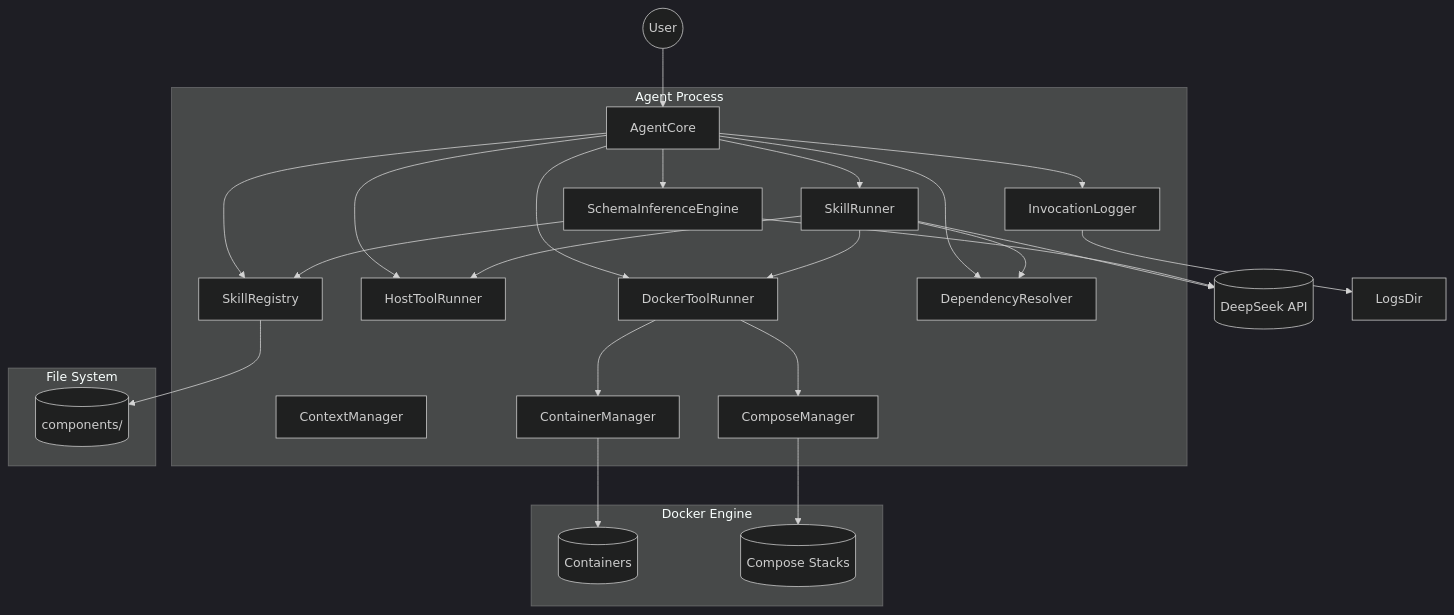
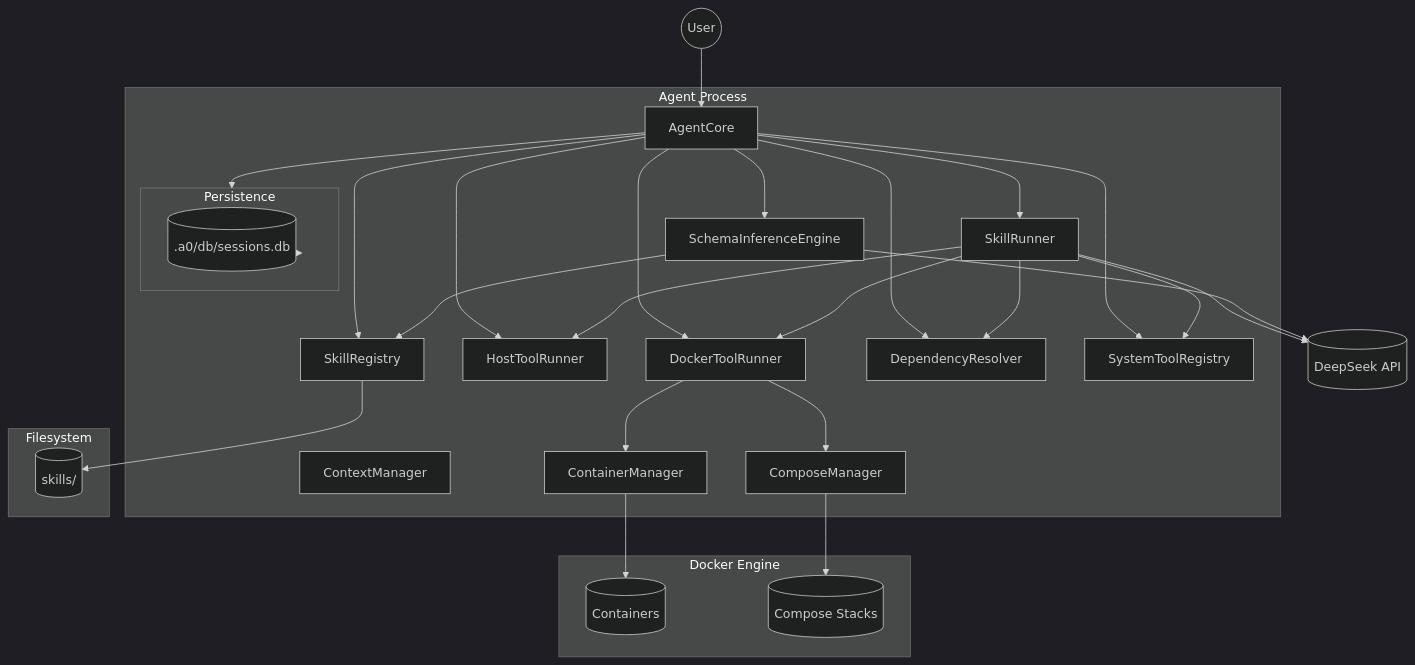
The first of 3 diagrams in technical-specification.md (opensassi/a0), drawn with Mermaid (dark theme) before and after one commit. The commit also changed other lines of this file and 28 other files, not shown here.

````diff
--- a/technical-specification.md
+++ b/technical-specification.md
@@ -227,51 +248,57 @@
 ```mermaid
 graph TB
     User((User))
     DeepSeek[("DeepSeek API")]
 
     subgraph "Agent Process"
         Core[AgentCore]
         Context[ContextManager]
         Reg[SkillRegistry]
         HostRunner[HostToolRunner]
         DockerRunner[DockerToolRunner]
         SkillRunner[SkillRunner]
         InfEngine[SchemaInferenceEngine]
-        Logger[InvocationLogger]
         DepResolver[DependencyResolver]
+        Persistence[PersistenceStore]
+        SysTools[SystemToolRegistry]
         ContainerMgr[ContainerManager]
         ComposeMgr[ComposeManager]
     end
 
-    subgraph "File System"
-        ComponentsDir[(components/)]
-
+    subgraph "Persistence"
+        DB[(.a0/db/sessions.db)]
     end
 
     subgraph "Docker Engine"
         Containers[(Containers)]
         ComposeStacks[(Compose Stacks)]
     end
 
+    subgraph "Filesystem"
+        SkillsDir[(skills/)]
+    end
+
     User --> Core
     Core --> Reg
     Core --> DepResolver
+    Core --> SysTools
     Core --> HostRunner
     Core --> DockerRunner
     Core --> SkillRunner
     SkillRunner --> DepResolver
     SkillRunner --> DeepSeek
     SkillRunner --> HostRunner
     SkillRunner --> DockerRunner
+    SkillRunner --> SysTools
     Core --> InfEngine
     InfEngine --> DeepSeek
     InfEngine --> Reg
-    Core --> Logger
-    Logger --> LogsDir
-    Reg --> ComponentsDir
+    Core --> Persistence
+    Persistence --> DB
+    Reg --> SkillsDir
 
     DockerRunner --> ContainerMgr
     DockerRunner --> ComposeMgr
     ContainerMgr --> Containers
     ComposeMgr --> ComposeStacks
 ```
````
